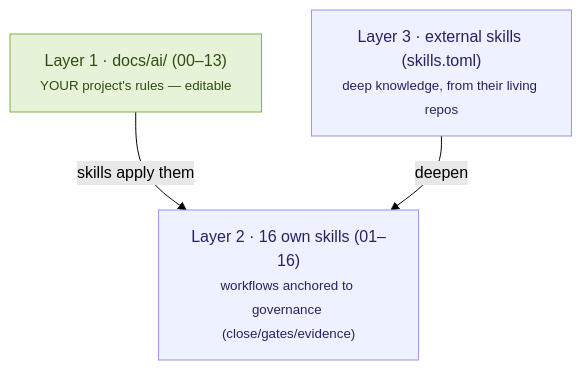
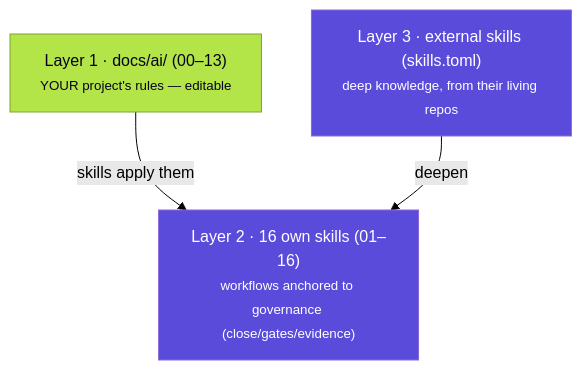
One commit to MscottB/tramalia changed the diagram in docs/skills-guia.en.md. Above: the diagram before and after it, drawn with Mermaid (forest theme). The commit also changed 32 other files, not shown here.

First line of the commit message:
feat: v0.33.0 — portada carta de presentación + diagramas dark-mode + aclaración de Cierre

````diff
--- a/docs/skills-guia.en.md
+++ b/docs/skills-guia.en.md
@@ -5,10 +5,10 @@
 ```mermaid
 flowchart TB
-    classDef s fill:#eef1ff,stroke:#9a92e8,color:#2a2160;
-    classDef u fill:#e7f3d8,stroke:#7cb342,color:#2e4d13;
+    classDef s fill:#5b4bdb,stroke:#8c68d9,color:#ffffff;
+    classDef u fill:#b3e448,stroke:#7fa32e,color:#05031c;
     A["Layer 1 · docs/ai/ (00–13)<br/><small>YOUR project's rules — editable</small>"]:::u
     B["Layer 2 · 16 own skills (01–16)<br/><small>workflows anchored to governance (close/gates/evidence)</small>"]:::s
     C["Layer 3 · external skills (skills.toml)<br/><small>deep knowledge, from their living repos</small>"]:::s
     A -->|skills apply them| B
     C -->|deepen| B
 ```
````
